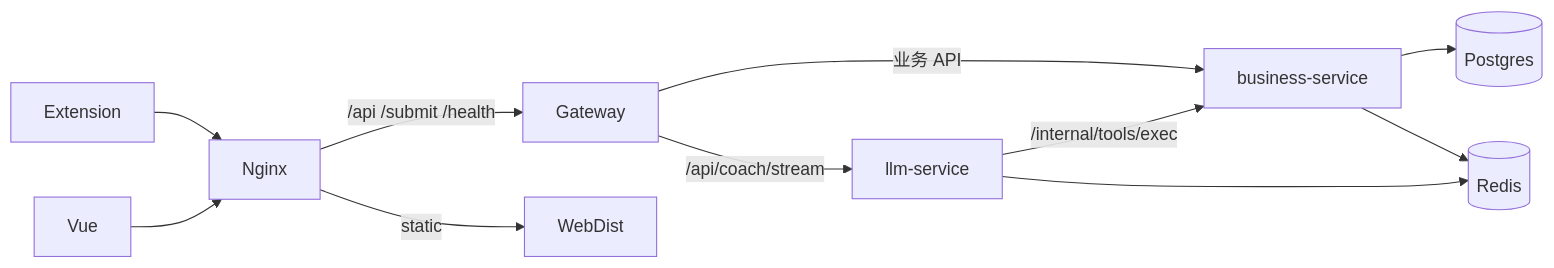
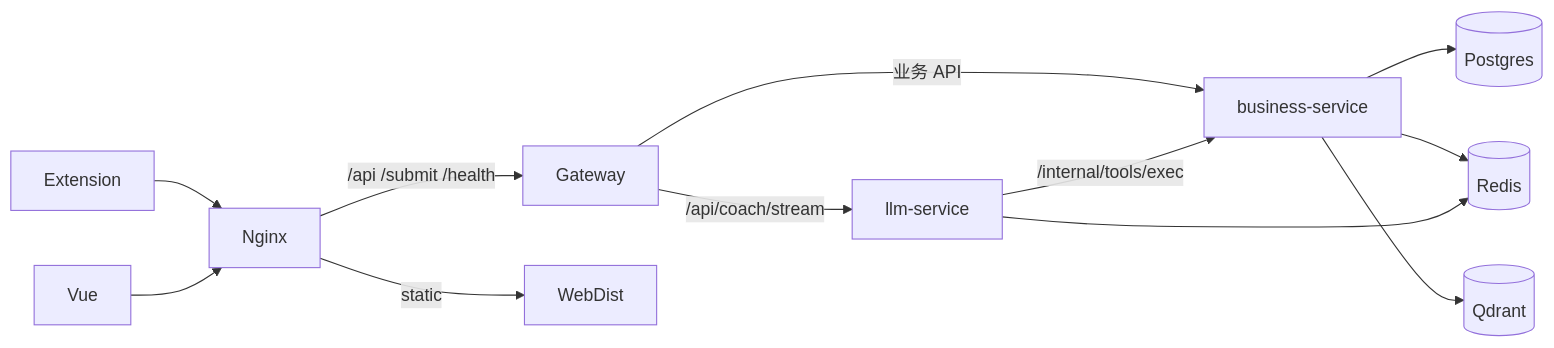
One commit to cungphammanh590-star/CodeArena changed the diagram in docs/architecture/OVERVIEW.md. Above: the diagram before and after it, drawn with Mermaid. The commit also changed other lines of this file and 95 other files, not shown here.

````diff
--- a/docs/architecture/OVERVIEW.md
+++ b/docs/architecture/OVERVIEW.md
@@ -6,13 +6,14 @@
 ```mermaid
 flowchart LR
   Ext[Extension] --> Nginx
   Web[Vue] --> Nginx
   Nginx -->|/api /submit /health| GW[Gateway]
   Nginx -->|static| WebDist
   GW -->|业务 API| Biz[business-service]
   GW -->|/api/coach/stream| LLM[llm-service]
   LLM -->|/internal/tools/exec| Biz
   Biz --> PG[(Postgres)]
   Biz --> Redis[(Redis)]
+  Biz --> Qdrant[(Qdrant)]
   LLM --> Redis
 ```
````
